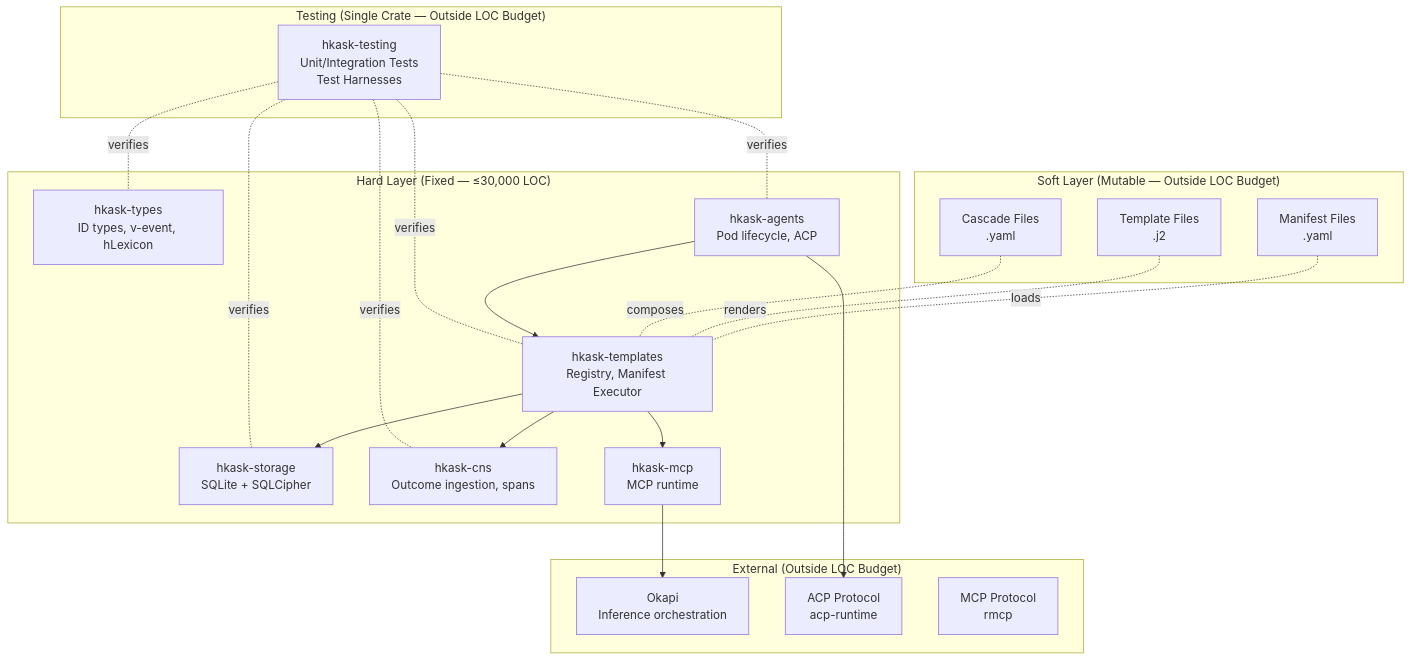
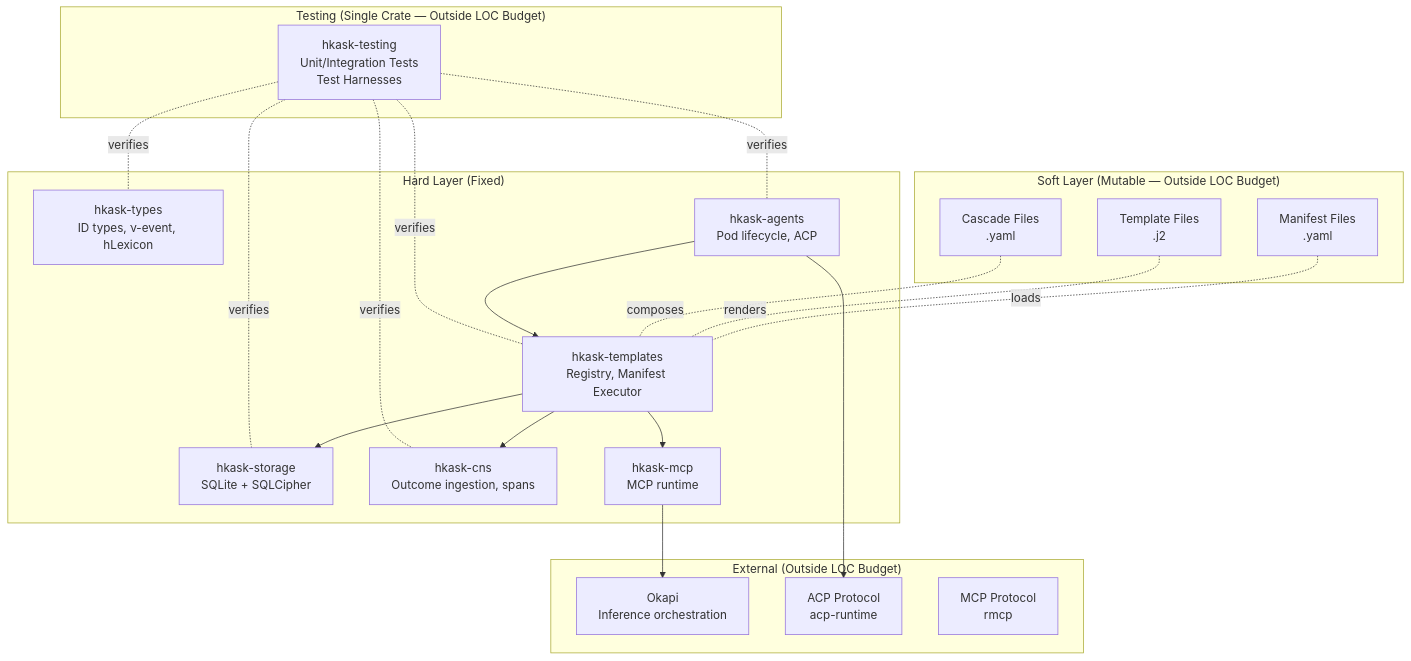
One commit to mdz-axo/hKask changed the second of 6 diagrams in docs/architecture/hKask-erd.md. Above: the diagram before and after it, drawn with Mermaid. The commit also changed 29 other files, not shown here.

````diff
--- a/docs/architecture/hKask-erd.md
+++ b/docs/architecture/hKask-erd.md
@@ -104,44 +104,44 @@
 ```mermaid
 graph TB
     subgraph "Soft Layer (Mutable — Outside LOC Budget)"
         YAML[Manifest Files<br/>.yaml]
         J2[Template Files<br/>.j2]
         MD[Cascade Files<br/>.yaml]
     end
     
-    subgraph "Hard Layer (Fixed — ≤30,000 LOC)"
+    subgraph "Hard Layer (Fixed)"
         HKASK_TYPES[hkask-types<br/>ID types, ν-event, hLexicon]
         HKASK_STORAGE[hkask-storage<br/>SQLite + SQLCipher]
         HKASK_TEMPLATES[hkask-templates<br/>Registry, Manifest Executor]
         HKASK_CNS[hkask-cns<br/>Outcome ingestion, spans]
         HKASK_AGENTS[hkask-agents<br/>Pod lifecycle, ACP]
         HKASK_MCP[hkask-mcp<br/>MCP runtime]
     end
     
     subgraph "Testing (Single Crate — Outside LOC Budget)"
         HKASK_TESTING[hkask-testing<br/>Unit/Integration Tests<br/>Test Harnesses]
     end
     
     subgraph "External (Outside LOC Budget)"
         OKAPI[Okapi<br/>Inference orchestration]
         ACP[ACP Protocol<br/>acp-runtime]
         MCP[MCP Protocol<br/>rmcp]
     end
     
     YAML -. loads .- HKASK_TEMPLATES
     J2 -. renders .- HKASK_TEMPLATES
     MD -. composes .- HKASK_TEMPLATES
     
     HKASK_TEMPLATES --> HKASK_STORAGE
     HKASK_TEMPLATES --> HKASK_CNS
     HKASK_TEMPLATES --> HKASK_MCP
     HKASK_MCP --> OKAPI
     HKASK_AGENTS --> ACP
     HKASK_AGENTS --> HKASK_TEMPLATES
     
     HKASK_TESTING -. verifies .- HKASK_TYPES
     HKASK_TESTING -. verifies .- HKASK_STORAGE
     HKASK_TESTING -. verifies .- HKASK_TEMPLATES
     HKASK_TESTING -. verifies .- HKASK_CNS
     HKASK_TESTING -. verifies .- HKASK_AGENTS
 ```
````
